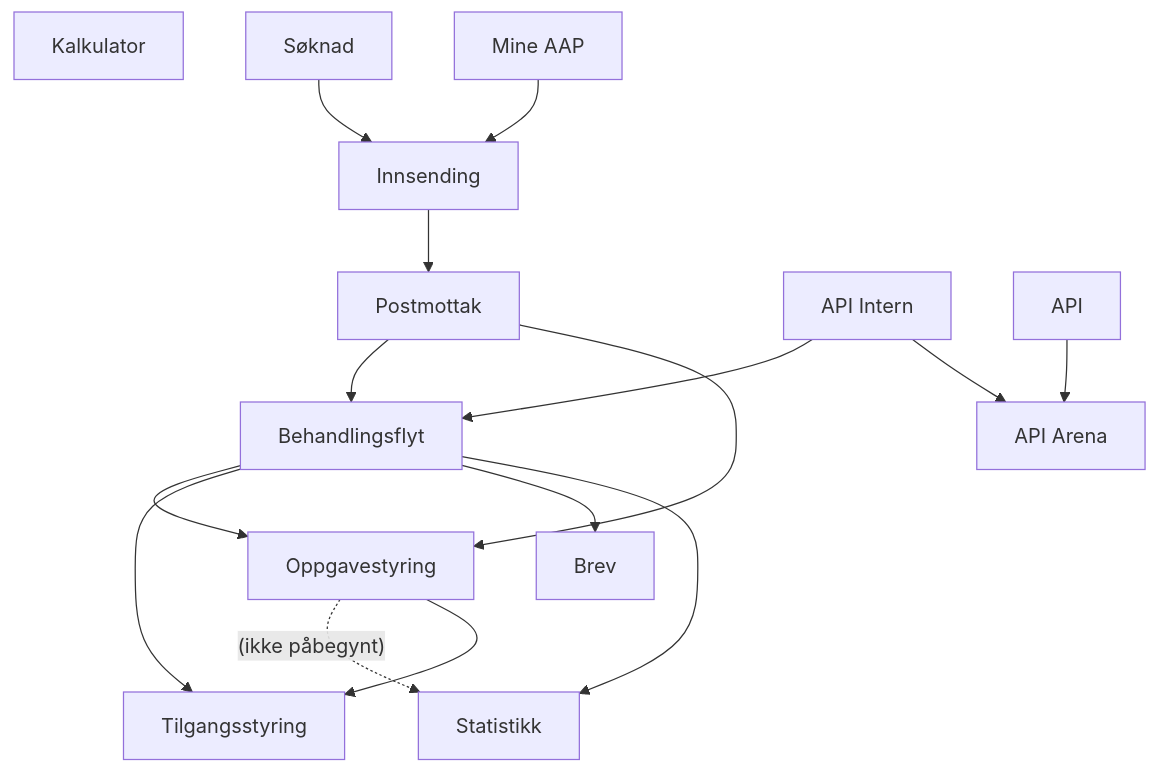
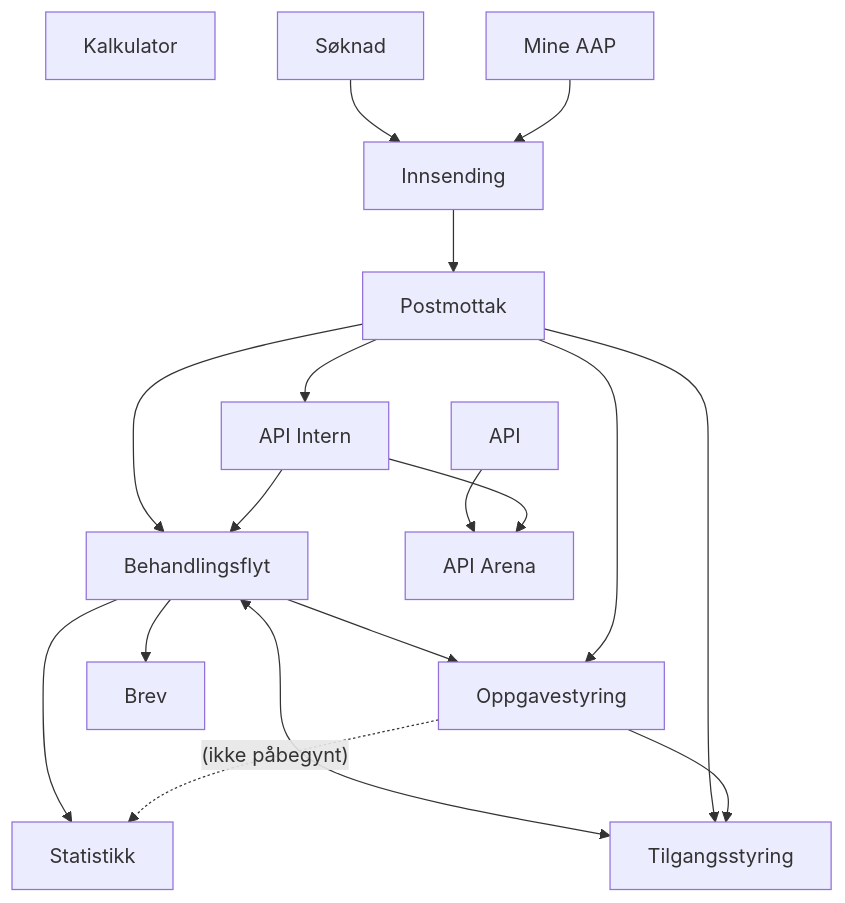
The diagram in docs/funksjonalitet/funksjonalitet.md (navikt/aap-intern-sysdok), drawn with Mermaid before and after one commit.

Commit message:
Oppdater komponentdiagram
* Postmottak kaller tilgang
* Postmottak kaller API Intern
* Tilgang kaller behandlingsflyt

````diff
--- a/docs/funksjonalitet/funksjonalitet.md
+++ b/docs/funksjonalitet/funksjonalitet.md
@@ -83,19 +83,21 @@
 ```mermaid
 graph TD
 KA[Kalkulator]
 SK[Søknad] --> IS[Innsending]
 MA[Mine AAP] --> IS
 IS --> PM[Postmottak]
 PM --> VT[Behandlingsflyt]
 VT --> OP[Oppgavestyring]
-VT --> TS[Tilgangsstyring]
+VT <--> TS[Tilgangsstyring]
+PM --> TS
 PM --> OP
 VT --> BR[Brev]
 VT --> ST[Statistikk]
 OP -. (ikke påbegynt) .-> ST
 APII[API Intern] --> VT
+PM --> APII
 APIA[API Arena]
 API --> APIA
 APII --> APIA
 OP --> TS
 ```
````
